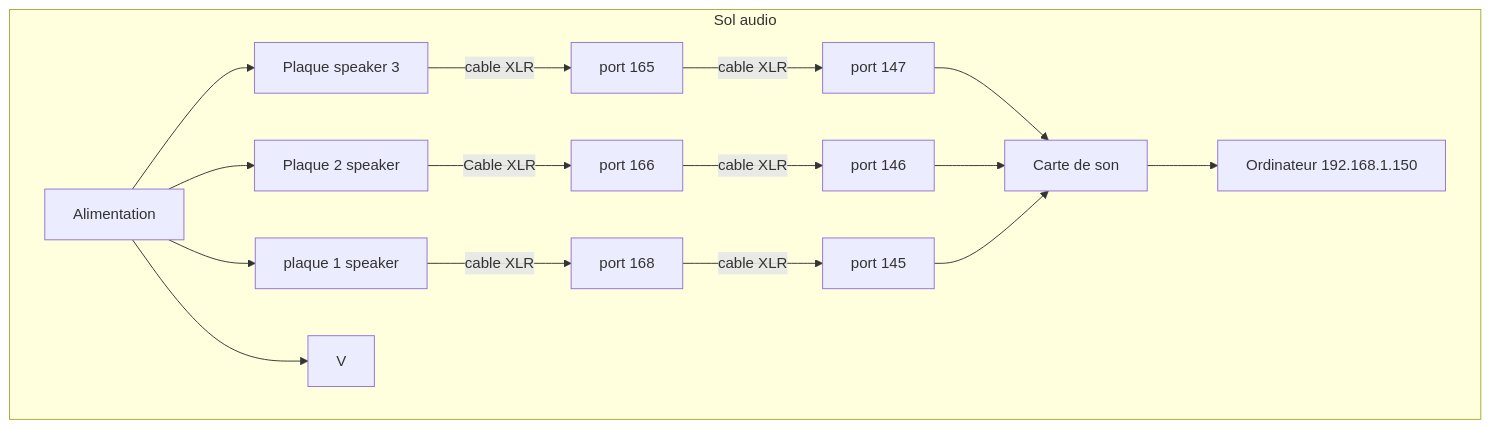
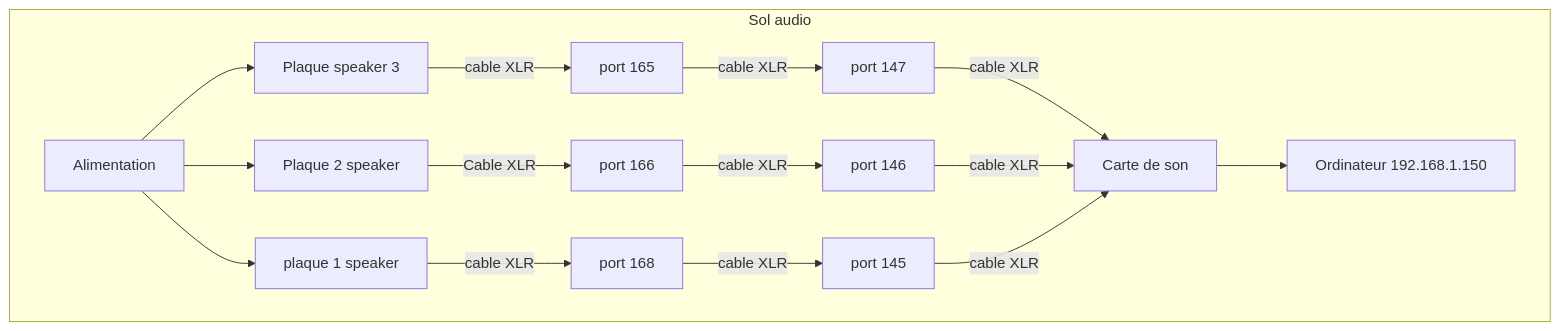
The fourth of 4 diagrams in 40_maquette/README.md (Miaou-Mafia/projet-luminatura), drawn with Mermaid before and after one commit.

````diff
--- a/40_maquette/README.md
+++ b/40_maquette/README.md
@@ -196,16 +196,15 @@
 ```mermaid
 flowchart TD
     subgraph Sol audio
         N[Alimentation] --> O
         O[ plaque 1 speaker] -->| cable XLR | P[port 168] -->| cable XLR | H[ port 145]
         N --> R[Plaque 2 speaker]
         R -->| Cable XLR | S[port 166] -->| cable XLR | I[ port 146]
         N --> T
         T[Plaque speaker 3] -->| cable XLR | U[ port 165] -->| cable XLR | G[ port 147]
-        N --> V
-        G --> F
-        I --> F
-        H --> F
+        G -->| cable XLR | F
+        I -->| cable XLR | F
+        H -->| cable XLR | F
         F[Carte de son] --> W[Ordinateur 192.168.1.150]
     end
 ```
````
